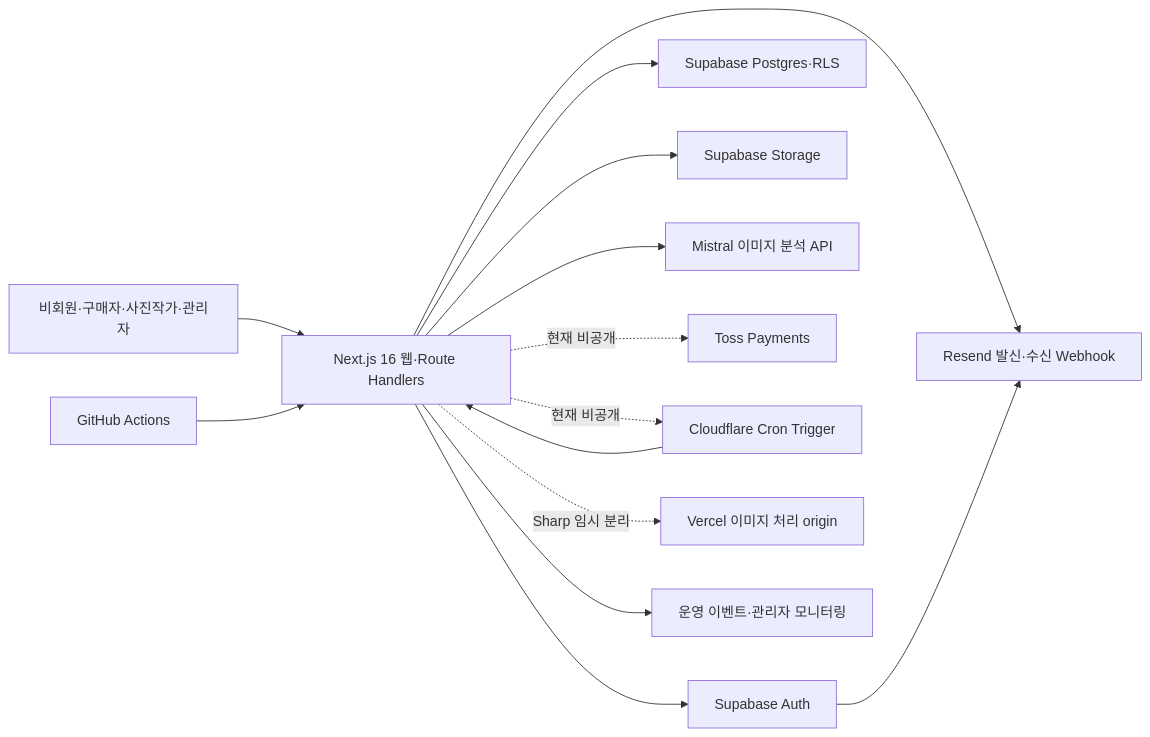
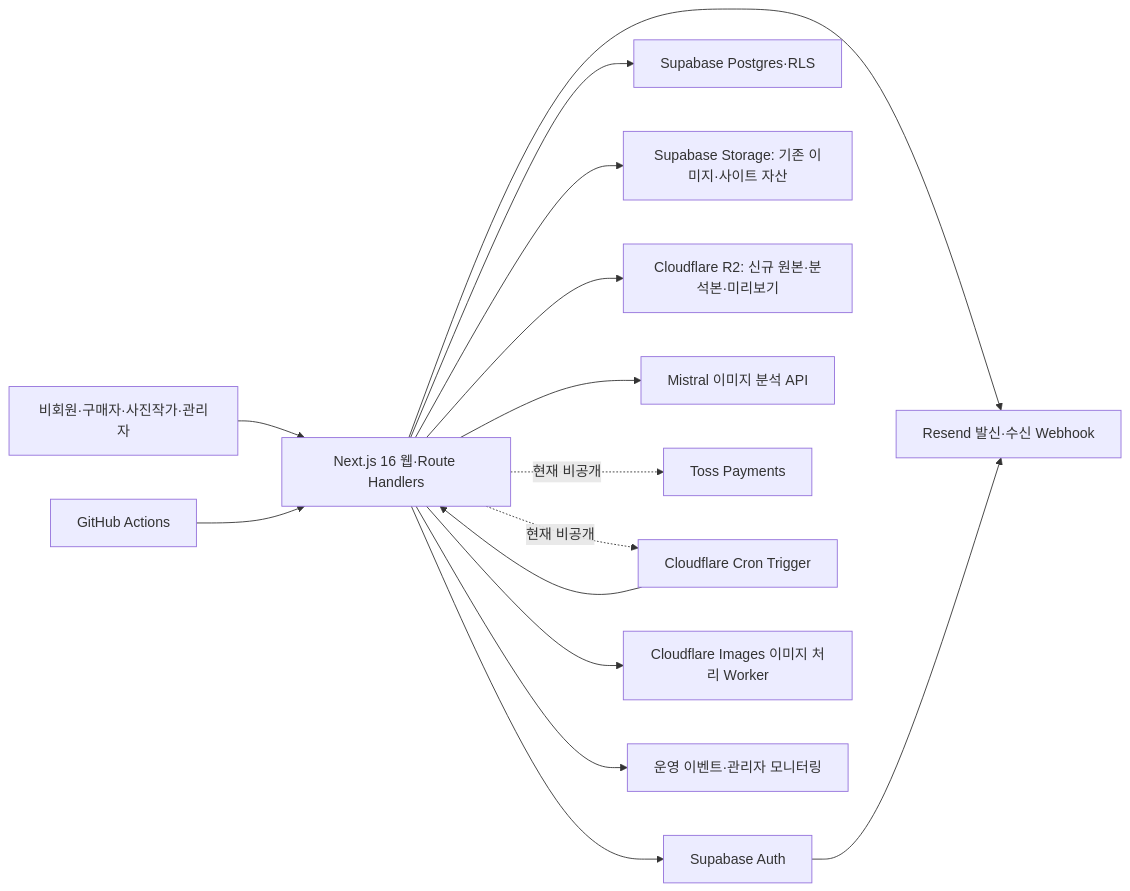
One commit to veronicaJeon/imageptns changed the diagram in docs/system-definition.md. Above: the diagram before and after it, drawn with Mermaid. The commit also changed other lines of this file and 38 other files, not shown here.

````diff
--- a/docs/system-definition.md
+++ b/docs/system-definition.md
@@ -40,16 +40,17 @@
 ```mermaid
 flowchart LR
     U["비회원·구매자·사진작가·관리자"] --> W["Next.js 16 웹·Route Handlers"]
     W --> A["Supabase Auth"]
     W --> D["Supabase Postgres·RLS"]
-    W --> S["Supabase Storage"]
+    W --> S["Supabase Storage: 기존 이미지·사이트 자산"]
+    W --> R2["Cloudflare R2: 신규 원본·분석본·미리보기"]
     W --> M["Mistral 이미지 분석 API"]
     W --> R["Resend 발신·수신 Webhook"]
     A --> R
     W -. "현재 비공개" .-> T["Toss Payments"]
     W -. "현재 비공개" .-> C["Base·Arweave"]
     C["Cloudflare Cron Trigger"] --> W
-    W -. "Sharp 임시 분리" .-> V["Vercel 이미지 처리 origin"]
+    W --> I["Cloudflare Images 이미지 처리 Worker"]
     G["GitHub Actions"] --> W
     W --> O["운영 이벤트·관리자 모니터링"]
 ```
````
